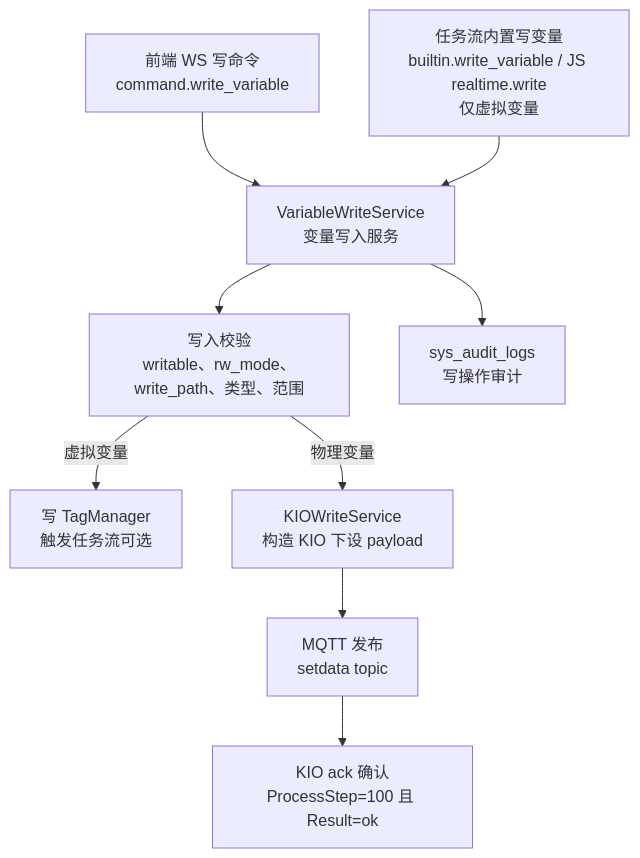
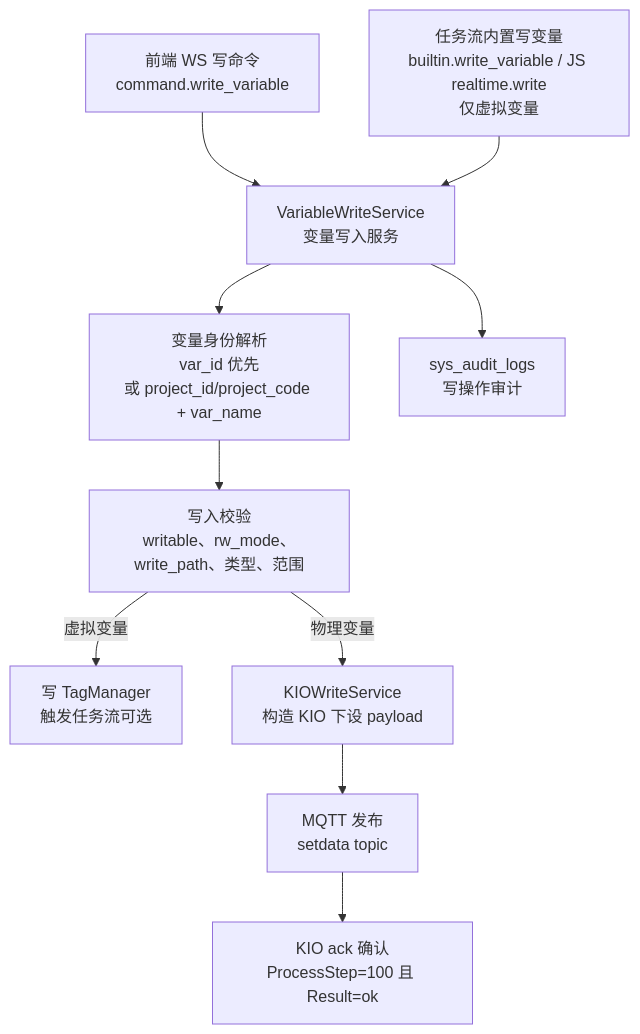
Before and after one commit to YufeiSun5/edge-terminal-SPT: the fifth of 6 diagrams in backend/docs/边缘端全链路数据流转与分发图.md, drawn with Mermaid. The commit also changed other lines of this file and 31 other files, not shown here.

````diff
--- a/backend/docs/边缘端全链路数据流转与分发图.md
+++ b/backend/docs/边缘端全链路数据流转与分发图.md
@@ -457,14 +457,15 @@
 ```mermaid
 flowchart TB
   前端写命令["前端 WS 写命令\ncommand.write_variable"] --> 写入服务["VariableWriteService\n变量写入服务"]
   任务写命令["任务流内置写变量\nbuiltin.write_variable / JS realtime.write\n仅虚拟变量"] --> 写入服务
 
-  写入服务 --> 写入校验["写入校验\nwritable、rw_mode、write_path、类型、范围"]
+  写入服务 --> 变量身份解析["变量身份解析\nvar_id 优先\n或 project_id/project_code + var_name"]
+  变量身份解析 --> 写入校验["写入校验\nwritable、rw_mode、write_path、类型、范围"]
   写入校验 -->|虚拟变量| 写虚拟变量["写 TagManager\n触发任务流可选"]
   写入校验 -->|物理变量| KIO写服务["KIOWriteService\n构造 KIO 下设 payload"]
 
   KIO写服务 --> MQTT发布["MQTT 发布\nsetdata topic"]
   MQTT发布 --> KIO确认["KIO ack 确认\nProcessStep=100 且 Result=ok"]
 
   写入服务 --> 审计日志["sys_audit_logs\n写操作审计"]
 ```
````
